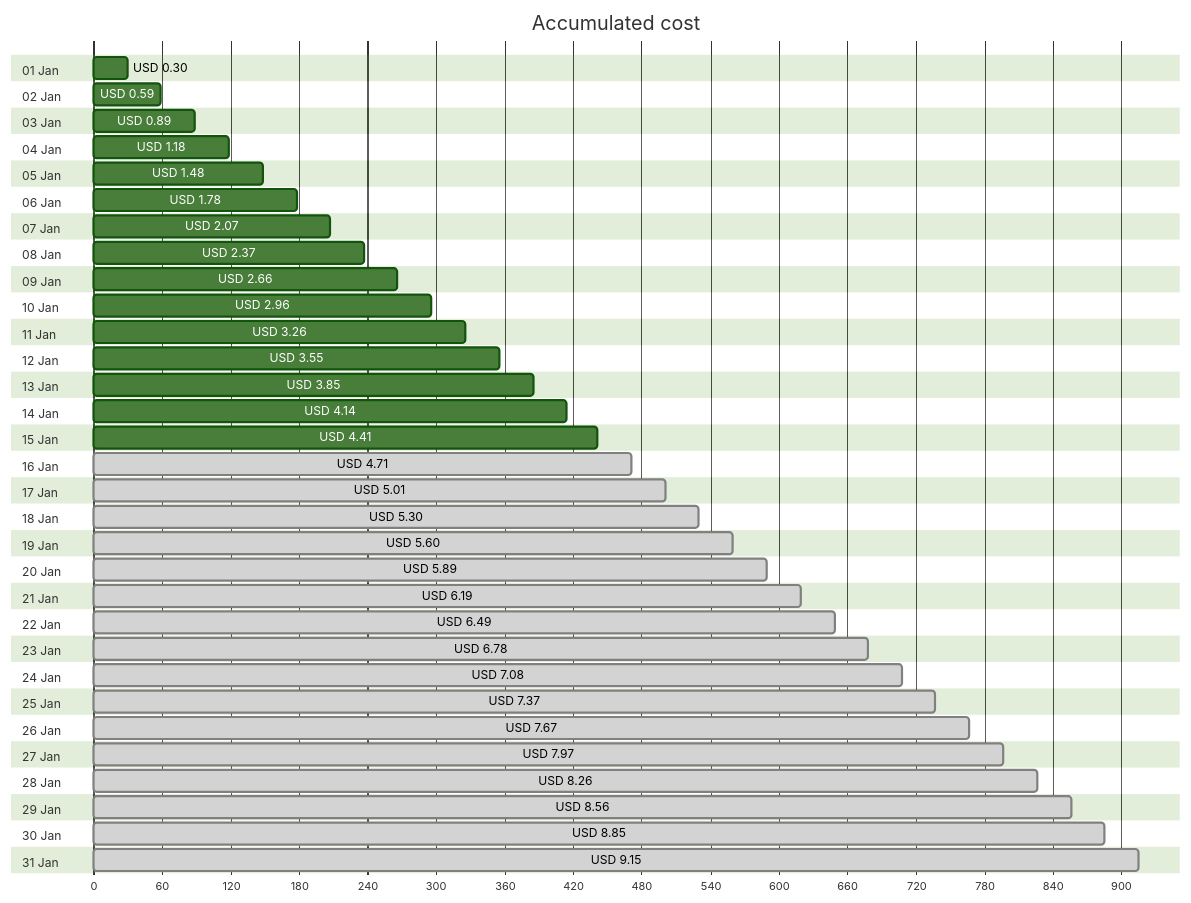
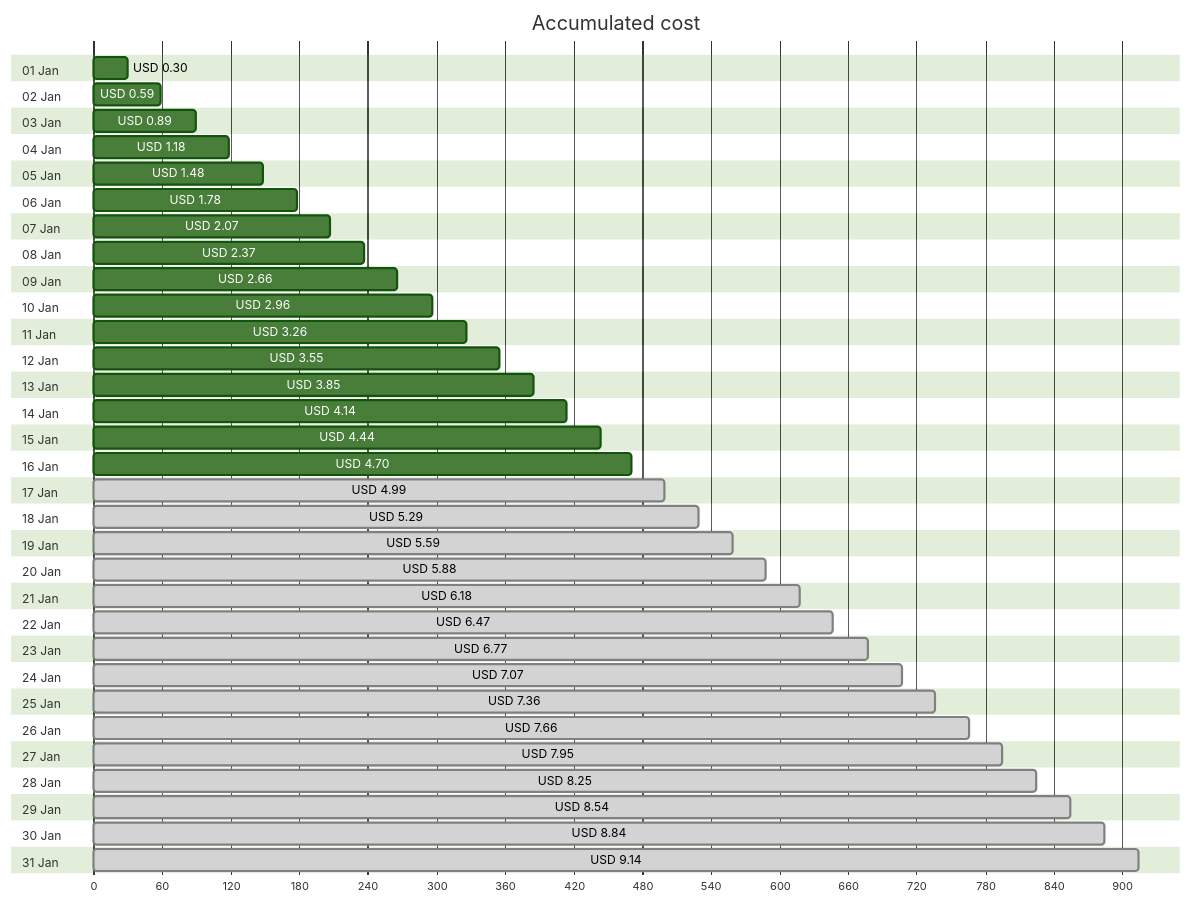
The first of 4 diagrams in cost-reports/personal-site/personal-site-preview.md (jpfulton/azure-personal-reports), drawn with Mermaid (forest theme) before and after one commit. The commit also changed other lines of this file and 6 other files, not shown here.

````diff
--- a/cost-reports/personal-site/personal-site-preview.md
+++ b/cost-reports/personal-site/personal-site-preview.md
@@ -20,68 +20,68 @@
 ```mermaid
 gantt
    title Accumulated cost
    dateFormat  X
    axisFormat %s
    section 01 Jan
    USD 0.30 :0, 30
    section 02 Jan
    USD 0.59 :0, 59
    section 03 Jan
    USD 0.89 :0, 89
    section 04 Jan
    USD 1.18 :0, 118
    section 05 Jan
    USD 1.48 :0, 148
    section 06 Jan
    USD 1.78 :0, 178
    section 07 Jan
    USD 2.07 :0, 207
    section 08 Jan
    USD 2.37 :0, 237
    section 09 Jan
    USD 2.66 :0, 266
    section 10 Jan
    USD 2.96 :0, 296
    section 11 Jan
    USD 3.26 :0, 326
    section 12 Jan
    USD 3.55 :0, 355
    section 13 Jan
    USD 3.85 :0, 385
    section 14 Jan
    USD 4.14 :0, 414
    section 15 Jan
-   USD 4.41 :0, 441
+   USD 4.44 :0, 444
    section 16 Jan
-   USD 4.71 : done, 0, 471
+   USD 4.70 :0, 470
    section 17 Jan
-   USD 5.01 : done, 0, 501
+   USD 4.99 : done, 0, 499
    section 18 Jan
-   USD 5.30 : done, 0, 530
+   USD 5.29 : done, 0, 529
    section 19 Jan
-   USD 5.60 : done, 0, 560
+   USD 5.59 : done, 0, 559
    section 20 Jan
-   USD 5.89 : done, 0, 589
+   USD 5.88 : done, 0, 588
    section 21 Jan
-   USD 6.19 : done, 0, 619
+   USD 6.18 : done, 0, 618
    section 22 Jan
-   USD 6.49 : done, 0, 649
+   USD 6.47 : done, 0, 647
    section 23 Jan
-   USD 6.78 : done, 0, 678
+   USD 6.77 : done, 0, 677
    section 24 Jan
-   USD 7.08 : done, 0, 708
+   USD 7.07 : done, 0, 707
    section 25 Jan
-   USD 7.37 : done, 0, 737
+   USD 7.36 : done, 0, 736
    section 26 Jan
-   USD 7.67 : done, 0, 767
+   USD 7.66 : done, 0, 766
    section 27 Jan
-   USD 7.97 : done, 0, 797
+   USD 7.95 : done, 0, 795
    section 28 Jan
-   USD 8.26 : done, 0, 826
+   USD 8.25 : done, 0, 825
    section 29 Jan
-   USD 8.56 : done, 0, 856
+   USD 8.54 : done, 0, 854
    section 30 Jan
-   USD 8.85 : done, 0, 885
+   USD 8.84 : done, 0, 884
    section 31 Jan
-   USD 9.15 : done, 0, 915
+   USD 9.14 : done, 0, 914
 ```
````
